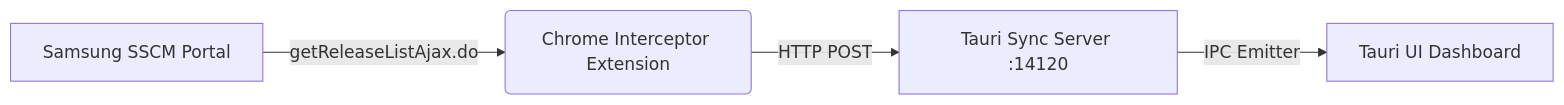
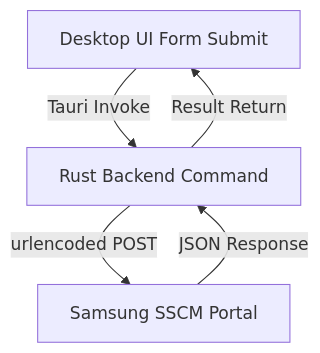
Before and after one commit to endrisusanto/Es-Pelem: the diagram in README.md, drawn with Mermaid. The commit also changed other lines of this file and 1 other file, not shown here.

Commit message:
chore: update before release

````diff
--- a/README.md
+++ b/README.md
@@ -16,6 +16,7 @@
 ```mermaid
-graph LR
-    A[Samsung SSCM Portal] -->|getReleaseListAjax.do| B(Chrome Interceptor Extension)
-    B -->|HTTP POST| C[Tauri Sync Server :14120]
-    C -->|IPC Emitter| D[Tauri UI Dashboard]
+graph TD
+    A[Desktop UI Form Submit] -->|Tauri Invoke| B[Rust Backend Command]
+    B -->|urlencoded POST| C[Samsung SSCM Portal]
+    C -->|JSON Response| B
+    B -->|Result Return| A
 ```
````
